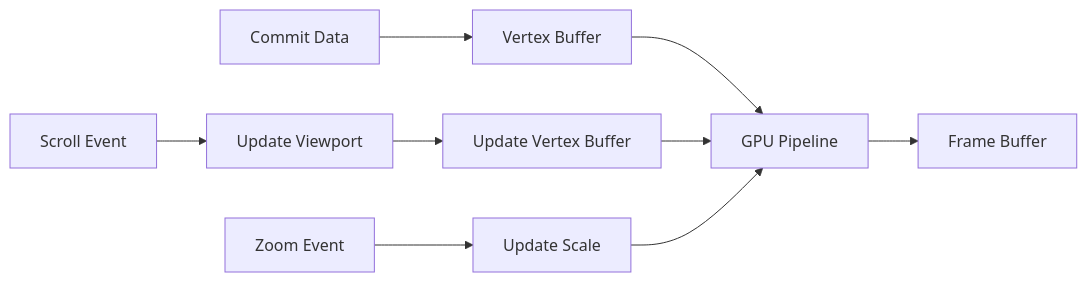
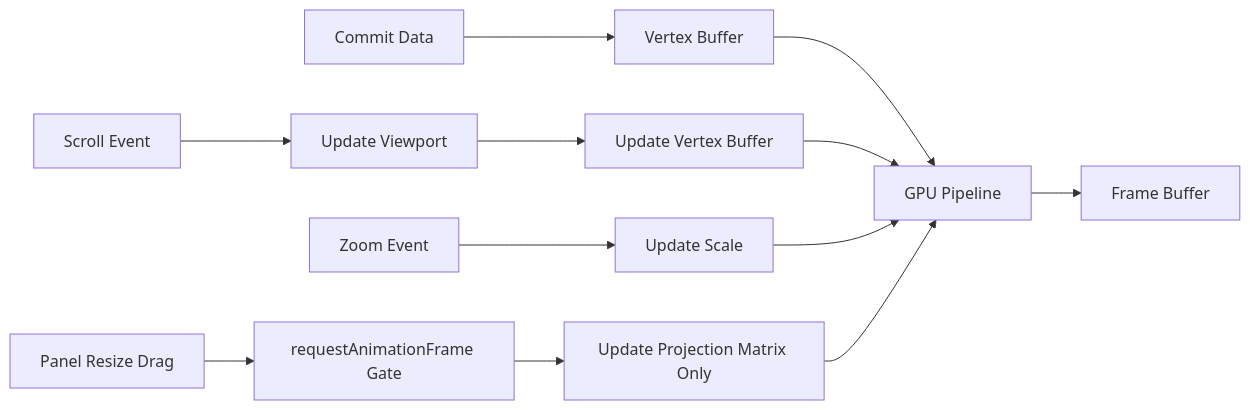
Before and after one commit to yangsx/gitv: the second of 2 diagrams in design.md, drawn with Mermaid. The commit also changed other lines of this file and 2 other files, not shown here.

````diff
--- a/design.md
+++ b/design.md
@@ -1214,13 +2490,17 @@
 ```mermaid
 graph LR
     A[Commit Data] --> B[Vertex Buffer]
     B --> C[GPU Pipeline]
     C --> D[Frame Buffer]
 
     E[Scroll Event] --> F[Update Viewport]
     F --> G[Update Vertex Buffer]
     G --> C
 
     H[Zoom Event] --> I[Update Scale]
     I --> C
+
+    J[Panel Resize Drag] --> K[requestAnimationFrame Gate]
+    K --> L[Update Projection Matrix Only]
+    L --> C
 ```
````
